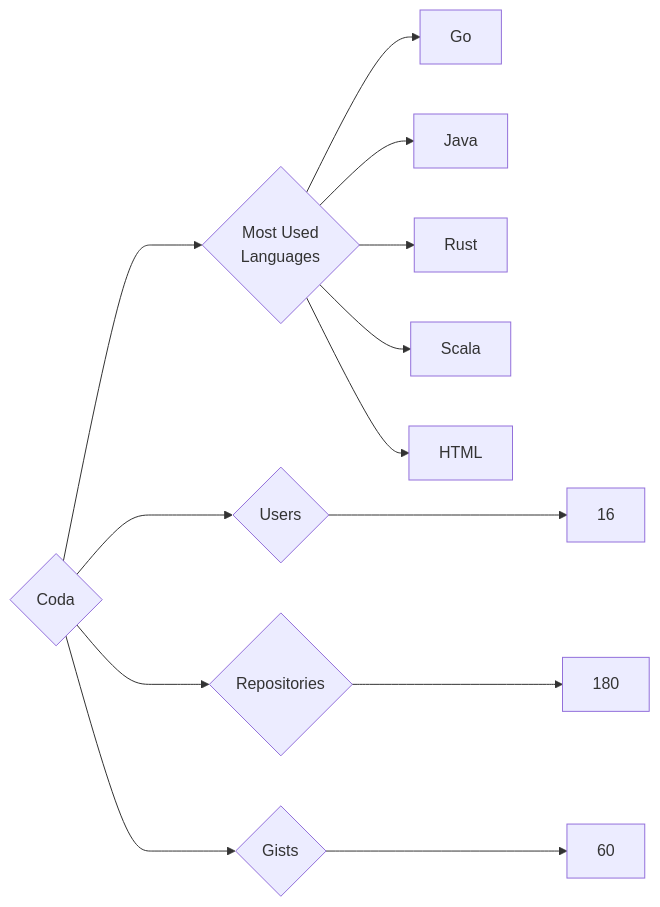
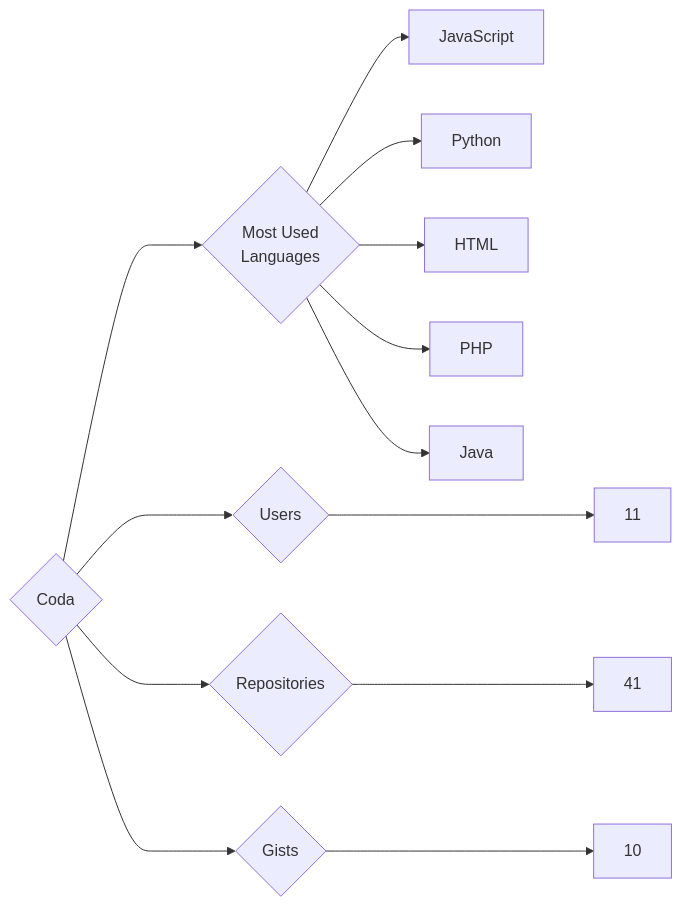
Before and after one commit to trickest/insiders: the diagram in targets/Coda/README.md, drawn with Mermaid. The commit also changed 1084 other files, not shown here.

````diff
--- a/targets/Coda/README.md
+++ b/targets/Coda/README.md
@@ -3,13 +3,13 @@
 ```mermaid
 graph LR
 COMPANY_NAME{Coda}
-COMPANY_NAME ---> U{Users} ---> UN[16]
-COMPANY_NAME ---> R{Repositories} ---> RN[180]
-COMPANY_NAME ---> G{Gists} ---> GN[60]
+COMPANY_NAME ---> U{Users} ---> UN[11]
+COMPANY_NAME ---> R{Repositories} ---> RN[41]
+COMPANY_NAME ---> G{Gists} ---> GN[10]
 COMPANY_NAME ---> ML{Most Used<br>Languages}
-ML --> Go[Go]
+ML --> JavaScript[JavaScript]
+ML --> Python[Python]
+ML --> HTML[HTML]
+ML --> PHP[PHP]
 ML --> Java[Java]
-ML --> Rust[Rust]
-ML --> Scala[Scala]
-ML --> HTML[HTML]
 ```
````
